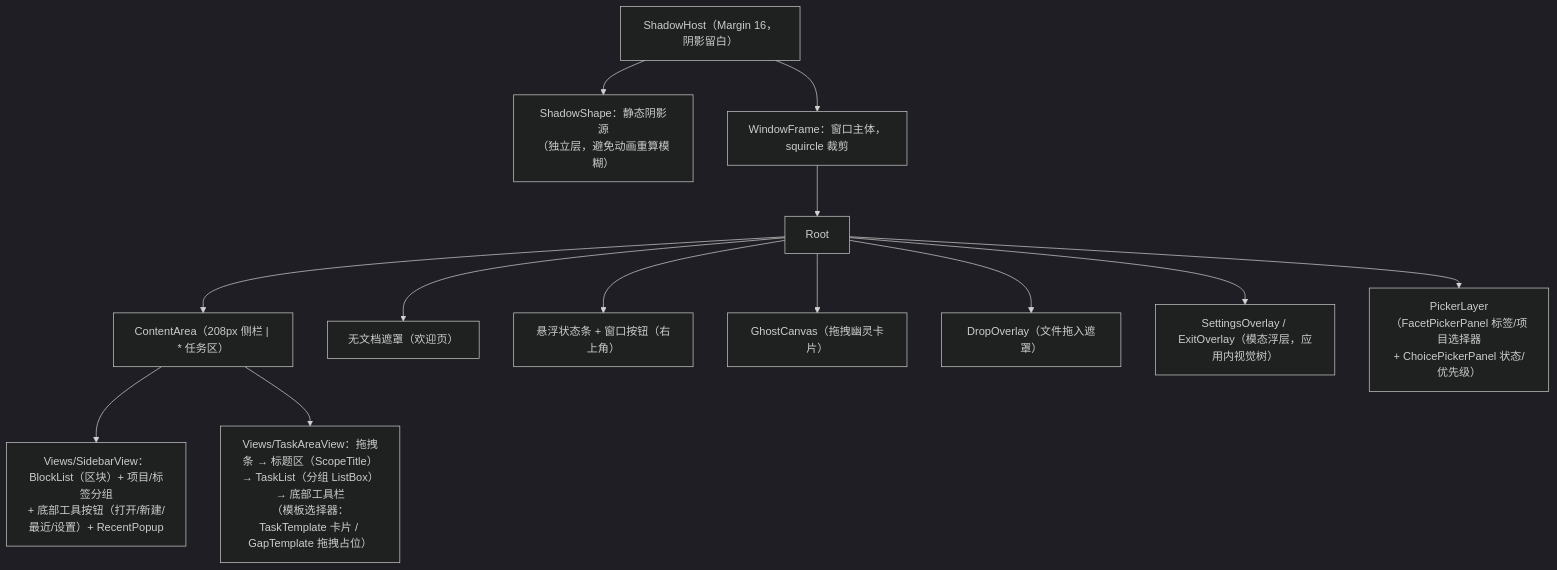
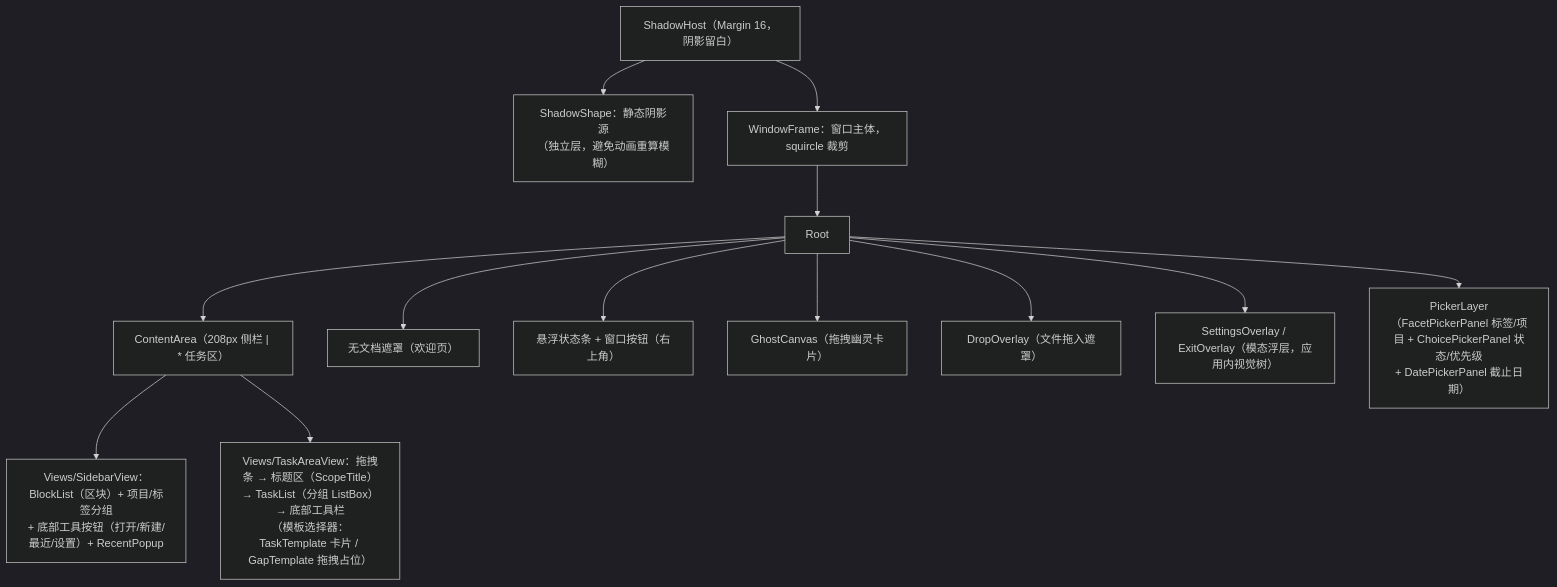
Before and after one commit to soryu-ryouji/Stanza: the second of 9 diagrams in stanza-wpf/docs/ARCHITECTURE.md, drawn with Mermaid (dark theme). The commit also changed other lines of this file and 23 other files, not shown here.

````diff
--- a/stanza-wpf/docs/ARCHITECTURE.md
+++ b/stanza-wpf/docs/ARCHITECTURE.md
@@ -162,16 +163,16 @@
 ```mermaid
 flowchart TB
     ShadowHost["ShadowHost（Margin 16，阴影留白）"]
     ShadowHost --> ShadowShape["ShadowShape：静态阴影源<br/>（独立层，避免动画重算模糊）"]
     ShadowHost --> WindowFrame["WindowFrame：窗口主体，squircle 裁剪"]
     WindowFrame --> Root["Root"]
     Root --> ContentArea["ContentArea（208px 侧栏 | * 任务区）"]
     ContentArea --> Sidebar["Views/SidebarView：BlockList（区块）+ 项目/标签分组<br/>+ 底部工具按钮（打开/新建/最近/设置）+ RecentPopup"]
     ContentArea --> TaskArea["Views/TaskAreaView：拖拽条 → 标题区（ScopeTitle）<br/>→ TaskList（分组 ListBox）→ 底部工具栏<br/>（模板选择器：TaskTemplate 卡片 / GapTemplate 拖拽占位）"]
     Root --> Welcome["无文档遮罩（欢迎页）"]
     Root --> StatusBar["悬浮状态条 + 窗口按钮（右上角）"]
     Root --> Ghost["GhostCanvas（拖拽幽灵卡片）"]
     Root --> Drop["DropOverlay（文件拖入遮罩）"]
     Root --> Overlays["SettingsOverlay / ExitOverlay（模态浮层，应用内视觉树）"]
-    Root --> Pickers["PickerLayer（FacetPickerPanel 标签/项目选择器<br/>+ ChoicePickerPanel 状态/优先级）"]
+    Root --> Pickers["PickerLayer（FacetPickerPanel 标签/项目 + ChoicePickerPanel 状态/优先级<br/>+ DatePickerPanel 截止日期）"]
 ```
````
